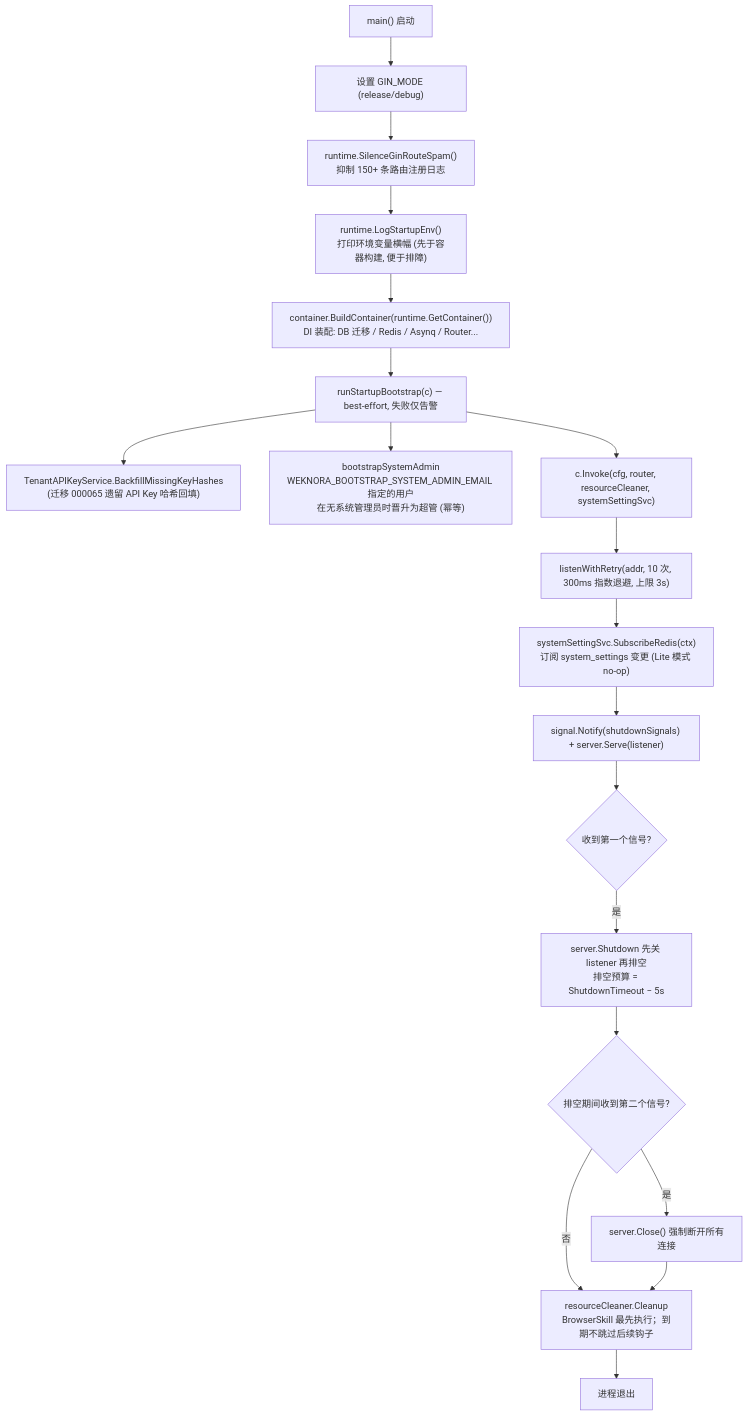
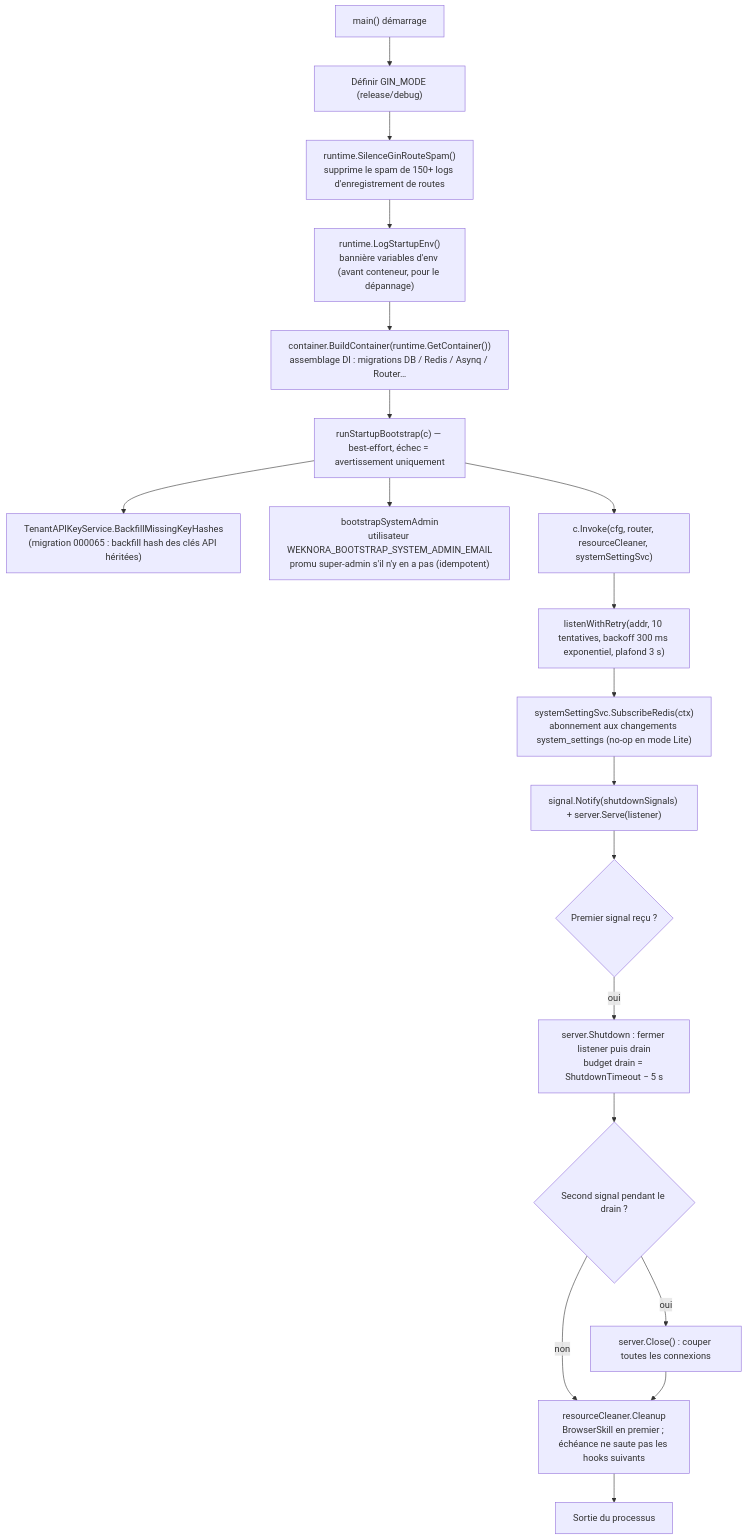
One commit to samiriggui-code/gsms-template changed the second of 3 diagrams in website-docs/02-architecture/02-backend-design.md. Above: the diagram before and after it, drawn with Mermaid. The commit also changed other lines of this file and 301 other files, not shown here.

````diff
--- a/website-docs/02-architecture/02-backend-design.md
+++ b/website-docs/02-architecture/02-backend-design.md
@@ -115,21 +115,21 @@
 ```mermaid
 flowchart TD
-    A["main() 启动"] --> B["设置 GIN_MODE (release/debug)"]
-    B --> C["runtime.SilenceGinRouteSpam()<br/>抑制 150+ 条路由注册日志"]
-    C --> D["runtime.LogStartupEnv()<br/>打印环境变量横幅 (先于容器构建, 便于排障)"]
-    D --> E["container.BuildContainer(runtime.GetContainer())<br/>DI 装配: DB 迁移 / Redis / Asynq / Router..."]
-    E --> F["runStartupBootstrap(c) — best-effort, 失败仅告警"]
-    F --> F1["TenantAPIKeyService.BackfillMissingKeyHashes<br/>(迁移 000065 遗留 API Key 哈希回填)"]
-    F --> F2["bootstrapSystemAdmin<br/>WEKNORA_BOOTSTRAP_SYSTEM_ADMIN_EMAIL 指定的用户<br/>在无系统管理员时晋升为超管 (幂等)"]
+    A["main() démarrage"] --> B["Définir GIN_MODE (release/debug)"]
+    B --> C["runtime.SilenceGinRouteSpam()<br/>supprime le spam de 150+ logs d'enregistrement de routes"]
+    C --> D["runtime.LogStartupEnv()<br/>bannière variables d'env (avant conteneur, pour le dépannage)"]
+    D --> E["container.BuildContainer(runtime.GetContainer())<br/>assemblage DI : migrations DB / Redis / Asynq / Router…"]
+    E --> F["runStartupBootstrap(c) — best-effort, échec = avertissement uniquement"]
+    F --> F1["TenantAPIKeyService.BackfillMissingKeyHashes<br/>(migration 000065 : backfill hash des clés API héritées)"]
+    F --> F2["bootstrapSystemAdmin<br/>utilisateur WEKNORA_BOOTSTRAP_SYSTEM_ADMIN_EMAIL<br/>promu super-admin s'il n'y en a pas (idempotent)"]
     F --> G["c.Invoke(cfg, router, resourceCleaner, systemSettingSvc)"]
-    G --> H["listenWithRetry(addr, 10 次, 300ms 指数退避, 上限 3s)"]
-    H --> I["systemSettingSvc.SubscribeRedis(ctx)<br/>订阅 system_settings 变更 (Lite 模式 no-op)"]
+    G --> H["listenWithRetry(addr, 10 tentatives, backoff 300 ms exponentiel, plafond 3 s)"]
+    H --> I["systemSettingSvc.SubscribeRedis(ctx)<br/>abonnement aux changements system_settings (no-op en mode Lite)"]
     I --> J["signal.Notify(shutdownSignals) + server.Serve(listener)"]
-    J --> K{"收到第一个信号?"}
-    K -->|是| L["server.Shutdown 先关 listener 再排空<br/>排空预算 = ShutdownTimeout − 5s"]
-    L --> M{"排空期间收到第二个信号?"}
-    M -->|是| N["server.Close() 强制断开所有连接"]
-    M -->|否| O["resourceCleaner.Cleanup<br/>BrowserSkill 最先执行；到期不跳过后续钩子"]
+    J --> K{"Premier signal reçu ?"}
+    K -->|oui| L["server.Shutdown : fermer listener puis drain<br/>budget drain = ShutdownTimeout − 5 s"]
+    L --> M{"Second signal pendant le drain ?"}
+    M -->|oui| N["server.Close() : couper toutes les connexions"]
+    M -->|non| O["resourceCleaner.Cleanup<br/>BrowserSkill en premier ; échéance ne saute pas les hooks suivants"]
     N --> O
-    O --> P["进程退出"]
+    O --> P["Sortie du processus"]
 ```
````
